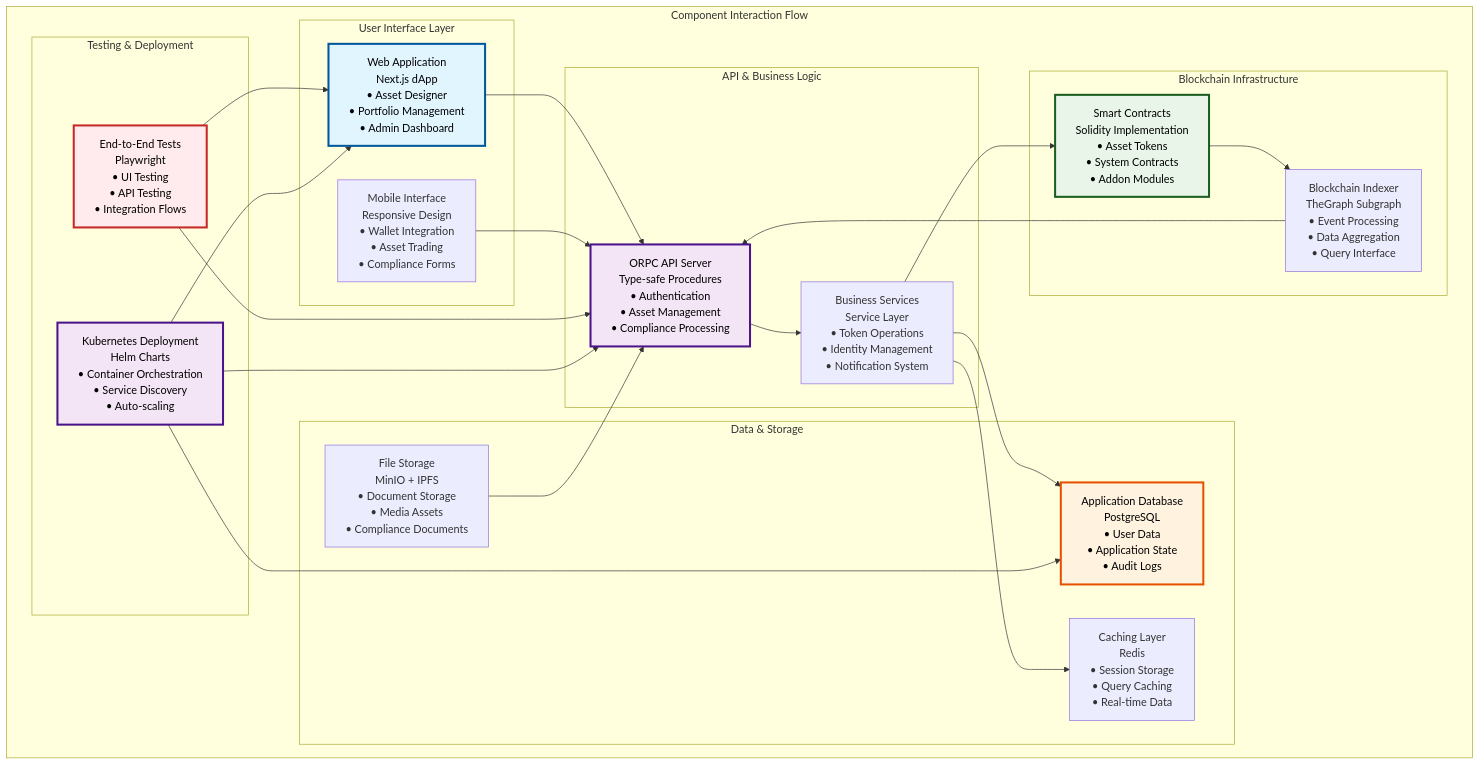
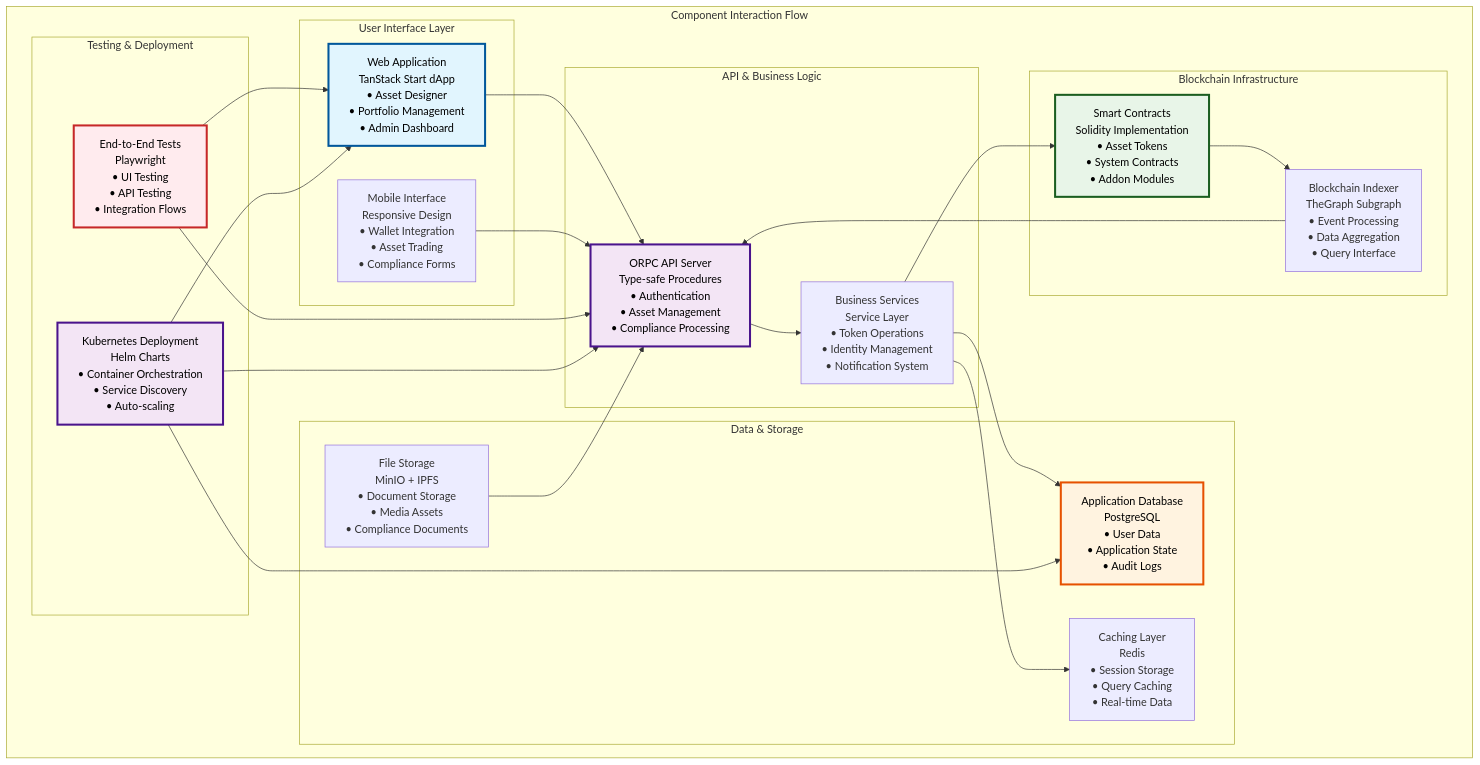
One commit to settlemint/asset-tokenization-kit changed the fourth of 10 diagrams in kit/docs/content/docs/01-system-overview.md. Above: the diagram before and after it, drawn with Mermaid. The commit also changed other lines of this file and 11 other files, not shown here.

````diff
--- a/kit/docs/content/docs/01-system-overview.md
+++ b/kit/docs/content/docs/01-system-overview.md
@@ -315,60 +315,60 @@
 ```mermaid
 graph TB
     subgraph "Component Interaction Flow"
         subgraph "User Interface Layer"
-            WebApp[Web Application<br/>Next.js dApp<br/>• Asset Designer<br/>• Portfolio Management<br/>• Admin Dashboard]
+            WebApp[Web Application<br/>TanStack Start dApp<br/>• Asset Designer<br/>• Portfolio Management<br/>• Admin Dashboard]
 
             Mobile[Mobile Interface<br/>Responsive Design<br/>• Wallet Integration<br/>• Asset Trading<br/>• Compliance Forms]
         end
 
         subgraph "API & Business Logic"
             API[ORPC API Server<br/>Type-safe Procedures<br/>• Authentication<br/>• Asset Management<br/>• Compliance Processing]
 
             Services[Business Services<br/>Service Layer<br/>• Token Operations<br/>• Identity Management<br/>• Notification System]
         end
 
         subgraph "Blockchain Infrastructure"
             Contracts[Smart Contracts<br/>Solidity Implementation<br/>• Asset Tokens<br/>• System Contracts<br/>• Addon Modules]
 
             Indexer[Blockchain Indexer<br/>TheGraph Subgraph<br/>• Event Processing<br/>• Data Aggregation<br/>• Query Interface]
         end
 
         subgraph "Data & Storage"
             Database[Application Database<br/>PostgreSQL<br/>• User Data<br/>• Application State<br/>• Audit Logs]
 
             Cache[Caching Layer<br/>Redis<br/>• Session Storage<br/>• Query Caching<br/>• Real-time Data]
 
             Files[File Storage<br/>MinIO + IPFS<br/>• Document Storage<br/>• Media Assets<br/>• Compliance Documents]
         end
 
         subgraph "Testing & Deployment"
             Tests[End-to-End Tests<br/>Playwright<br/>• UI Testing<br/>• API Testing<br/>• Integration Flows]
 
             Deploy[Kubernetes Deployment<br/>Helm Charts<br/>• Container Orchestration<br/>• Service Discovery<br/>• Auto-scaling]
         end
     end
 
     %% Component Interactions
     WebApp --> API
     Mobile --> API
     API --> Services
     Services --> Contracts
     Services --> Database
     Services --> Cache
     Contracts --> Indexer
     Indexer --> API
     Files --> API
     Tests --> WebApp
     Tests --> API
     Deploy --> WebApp
     Deploy --> API
     Deploy --> Database
 
     %% Styling
     style WebApp fill:#e1f5fe,stroke:#01579b,color:#000000,stroke-width:3px
     style API fill:#f3e5f5,stroke:#4a148c,color:#000000,stroke-width:3px
     style Contracts fill:#e8f5e8,stroke:#1b5e20,color:#000000,stroke-width:3px
     style Database fill:#fff3e0,stroke:#e65100,color:#000000,stroke-width:3px
     style Tests fill:#ffebee,stroke:#c62828,color:#000000,stroke-width:3px
     style Deploy fill:#f3e5f5,stroke:#4a148c,color:#000000,stroke-width:3px
 ```
````
